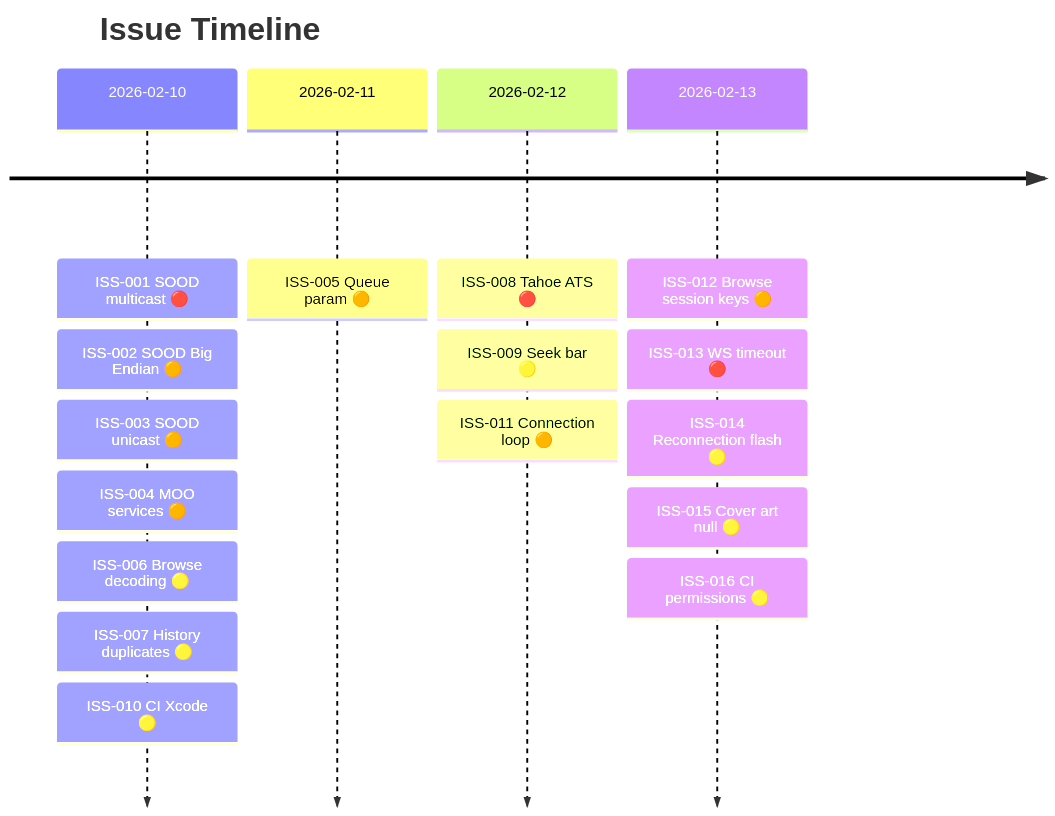
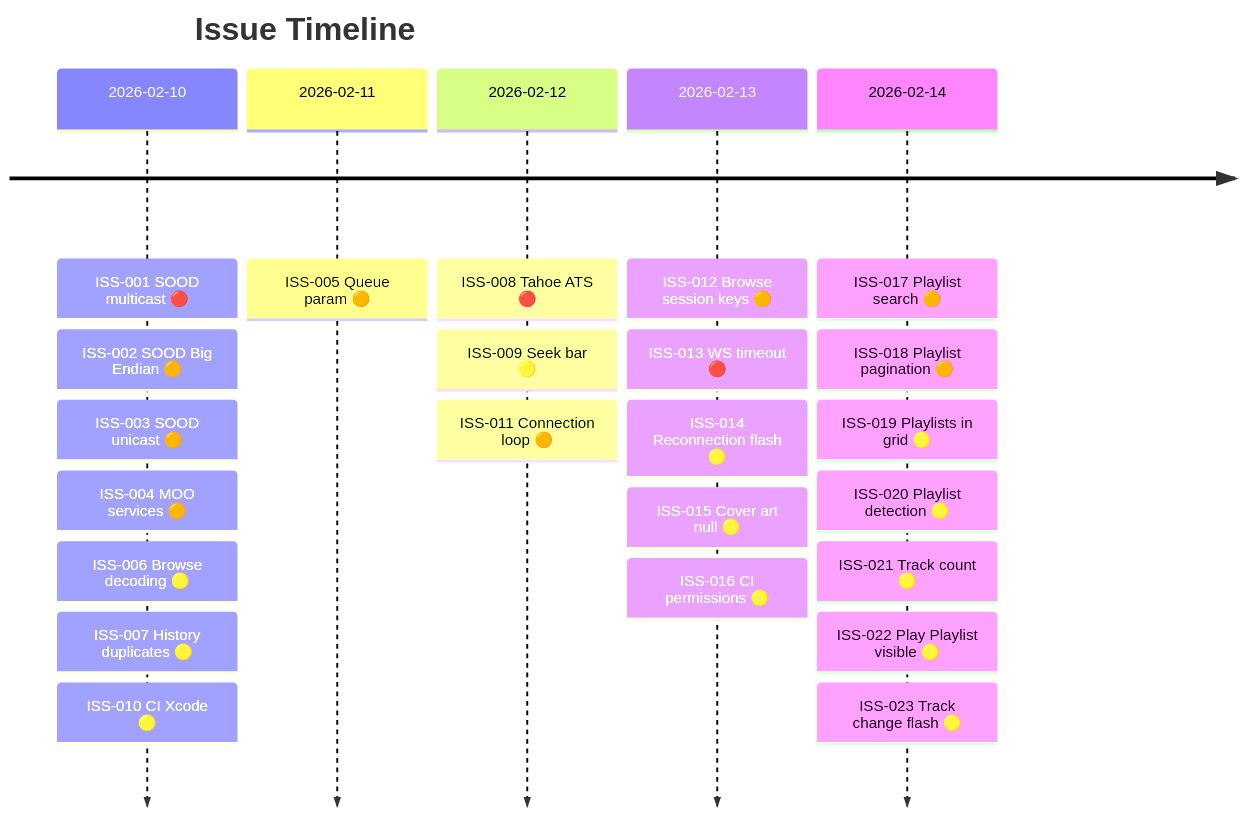
One commit to renesenses/roon-controller changed the second of 2 diagrams in docs/ISSUES.en.md. Above: the diagram before and after it, drawn with Mermaid. The commit also changed other lines of this file and 10 other files, not shown here.

````diff
--- a/docs/ISSUES.en.md
+++ b/docs/ISSUES.en.md
@@ -14,20 +14,27 @@
 ```mermaid
 timeline
     title Issue Timeline
     2026-02-10 : ISS-001 SOOD multicast 🔴
                : ISS-002 SOOD Big Endian 🟠
                : ISS-003 SOOD unicast 🟠
                : ISS-004 MOO services 🟠
                : ISS-006 Browse decoding 🟡
                : ISS-007 History duplicates 🟡
                : ISS-010 CI Xcode 🟡
     2026-02-11 : ISS-005 Queue param 🟠
     2026-02-12 : ISS-008 Tahoe ATS 🔴
                : ISS-009 Seek bar 🟡
                : ISS-011 Connection loop 🟠
     2026-02-13 : ISS-012 Browse session keys 🟠
                : ISS-013 WS timeout 🔴
                : ISS-014 Reconnection flash 🟡
                : ISS-015 Cover art null 🟡
                : ISS-016 CI permissions 🟡
+    2026-02-14 : ISS-017 Playlist search 🟠
+               : ISS-018 Playlist pagination 🟠
+               : ISS-019 Playlists in grid 🟡
+               : ISS-020 Playlist detection 🟡
+               : ISS-021 Track count 🟡
+               : ISS-022 Play Playlist visible 🟡
+               : ISS-023 Track change flash 🟡
 ```
````
